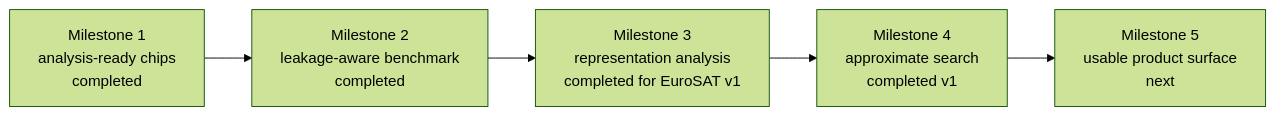
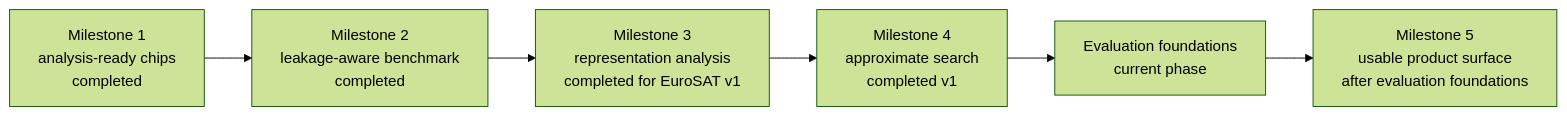
One commit to NikosMav/eo-visual-retrieval changed the diagram in docs/project-context.md. Above: the diagram before and after it, drawn with Mermaid (forest theme). The commit also changed other lines of this file and 26 other files, not shown here.

First line of the commit message:
Build reproducible evaluation foundations before product UI (#2)

````diff
--- a/docs/project-context.md
+++ b/docs/project-context.md
@@ -53,9 +55,10 @@
 ```mermaid
 flowchart LR
     M1[Milestone 1<br/>analysis-ready chips<br/>completed]
     M2[Milestone 2<br/>leakage-aware benchmark<br/>completed]
     M3[Milestone 3<br/>representation analysis<br/>completed for EuroSAT v1]
     M4[Milestone 4<br/>approximate search<br/>completed v1]
-    M5[Milestone 5<br/>usable product surface<br/>next]
-    M1 --> M2 --> M3 --> M4 --> M5
+    E[Evaluation foundations<br/>current phase]
+    M5[Milestone 5<br/>usable product surface<br/>after evaluation foundations]
+    M1 --> M2 --> M3 --> M4 --> E --> M5
 ```
````
